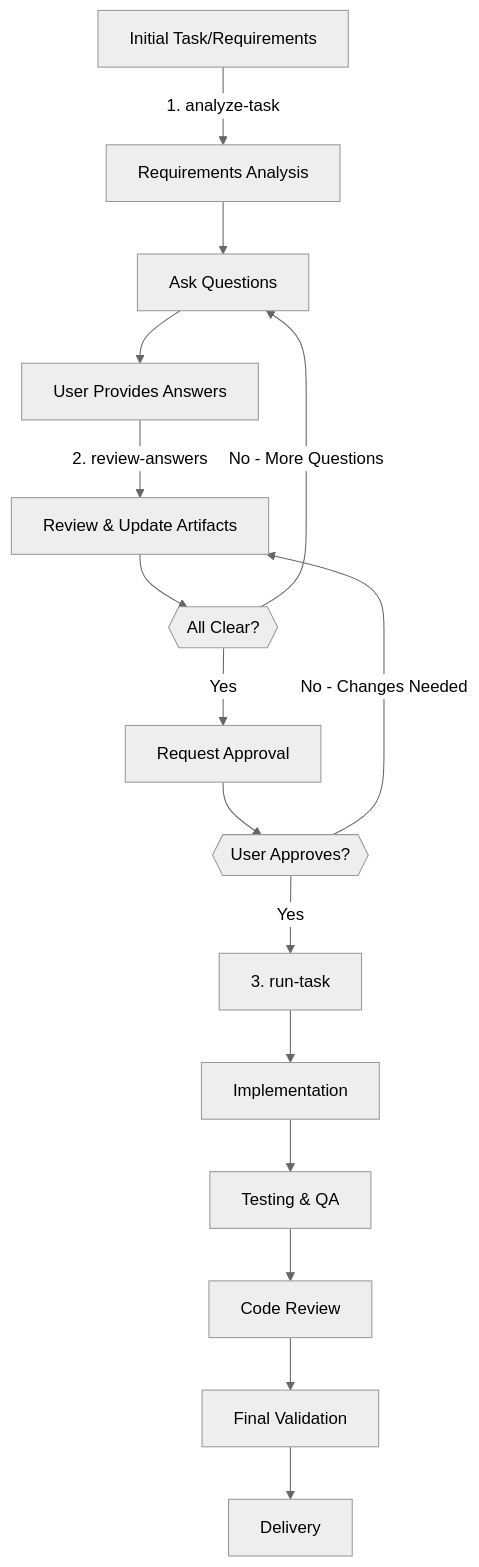
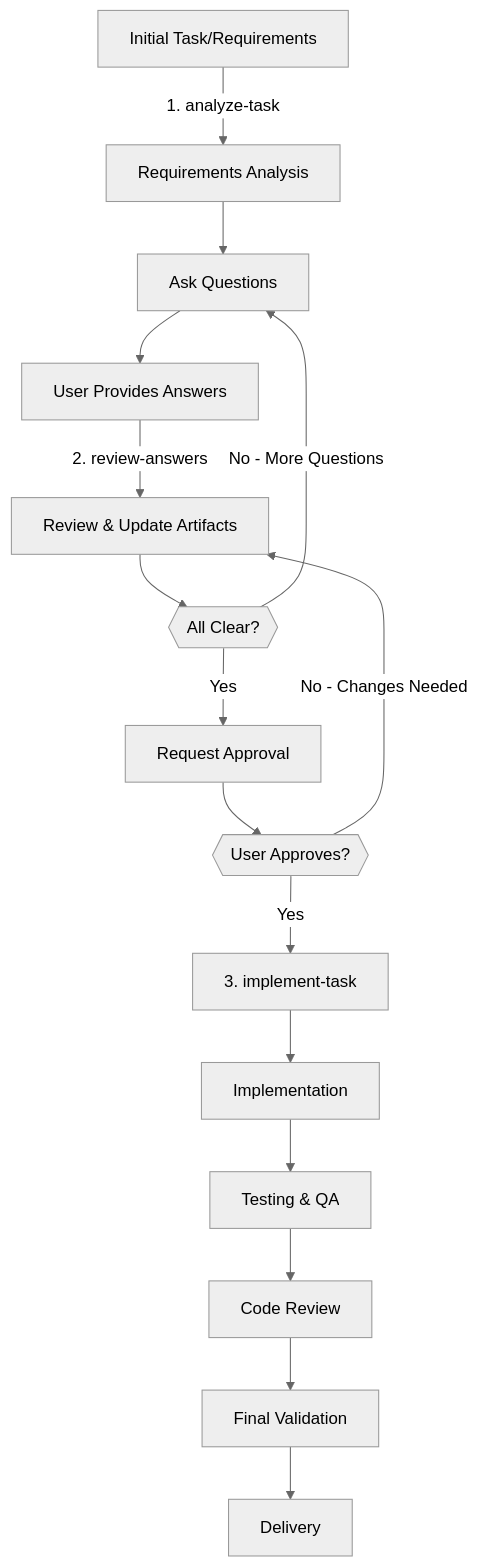
One commit to alexsteeel/ai-agents-sandbox changed the second of 3 diagrams in README.md. Above: the diagram before and after it, drawn with Mermaid (neutral theme). The commit also changed other lines of this file and 1 other file, not shown here.

````diff
--- a/README.md
+++ b/README.md
@@ -79,18 +79,18 @@
 ```mermaid
 graph TD
     A[Initial Task/Requirements] -->|1. analyze-task| B[Requirements Analysis]
     B --> D[Ask Questions]
     D --> E[User Provides Answers]
     E -->|2. review-answers| F[Review & Update Artifacts]
     F --> G{{All Clear?}}
     G -->|No - More Questions| D
     G -->|Yes| H[Request Approval]
     H --> I{{User Approves?}}
     I -->|No - Changes Needed| F
-    I -->|Yes| J[3. run-task]
+    I -->|Yes| J[3. implement-task]
     J --> K[Implementation]
     K --> L[Testing & QA]
     L --> M[Code Review]
     M --> N[Final Validation]
     N --> O[Delivery]
 ```
````
